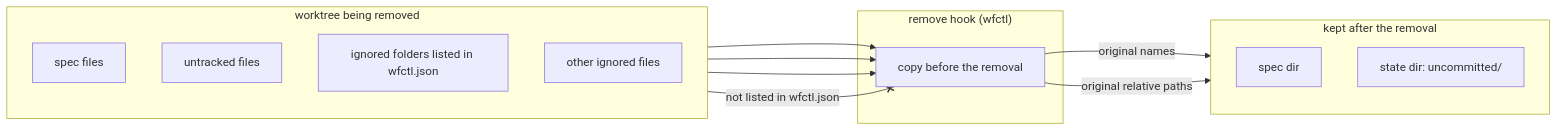
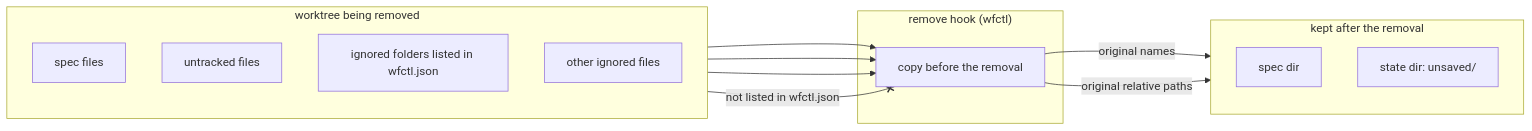
The diagram in docs/architecture/removal-copy-destinations.md (aamarin/wfctl), drawn with Mermaid before and after one commit. The commit also changed other lines of this file, not shown here.

First line of the commit message:
docs(arch): rename the saved-files folder to unsaved/ and say what check config can report

````diff
--- a/docs/architecture/removal-copy-destinations.md
+++ b/docs/architecture/removal-copy-destinations.md
@@ -70,24 +70,24 @@
 ```mermaid
 flowchart LR
     subgraph worktree["worktree being removed"]
         direction TB
         SPEC["spec files"]
         UNTRACKED["untracked files"]
         LISTED["ignored folders listed in wfctl.json"]
         OTHER["other ignored files"]
     end
     subgraph hook["remove hook (wfctl)"]
         COPY["copy before the removal"]
     end
     subgraph keep["kept after the removal"]
         direction TB
         SPECDIR["spec dir"]
-        STATE["state dir: uncommitted/"]
+        STATE["state dir: unsaved/"]
     end
     SPEC --> COPY
     UNTRACKED --> COPY
     LISTED --> COPY
     COPY -- "original names" --> SPECDIR
     COPY -- "original relative paths" --> STATE
     OTHER -- "not listed in wfctl.json" --x COPY
 ```
````
